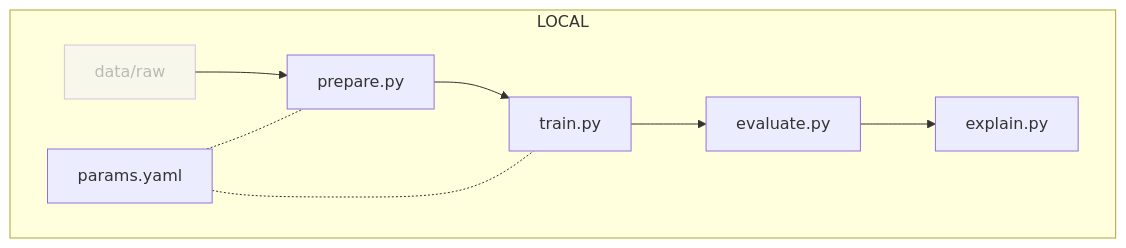
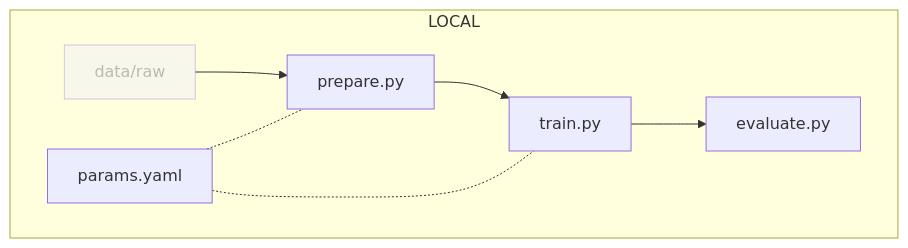
Before and after one commit to swiss-ai-center/a-guide-to-mlops: the diagram in docs/part-1-local-training-and-model-evaluation/chapter-2-adapt-and-move-the-jupyter-notebook-to-python-scripts/index.md, drawn with Mermaid. The commit also changed other lines of this file and 4 other files, not shown here.

````diff
--- a/docs/part-1-local-training-and-model-evaluation/chapter-2-adapt-and-move-the-jupyter-notebook-to-python-scripts/index.md
+++ b/docs/part-1-local-training-and-model-evaluation/chapter-2-adapt-and-move-the-jupyter-notebook-to-python-scripts/index.md
@@ -92,13 +92,11 @@
 ```mermaid
 flowchart
     subgraph localGraph[LOCAL]
         data[data/raw] --> prepare
         prepare[prepare.py] --> train
-        train[train.py] --> evaluate
-        evaluate[evaluate.py] --> explain
-        explain[explain.py]
+        train[train.py] --> evaluate[evaluate.py]
         params[params.yaml] -.- prepare
         params -.- train
     end
     style data opacity:0.4,color:#7f7f7f80
 ```
````
